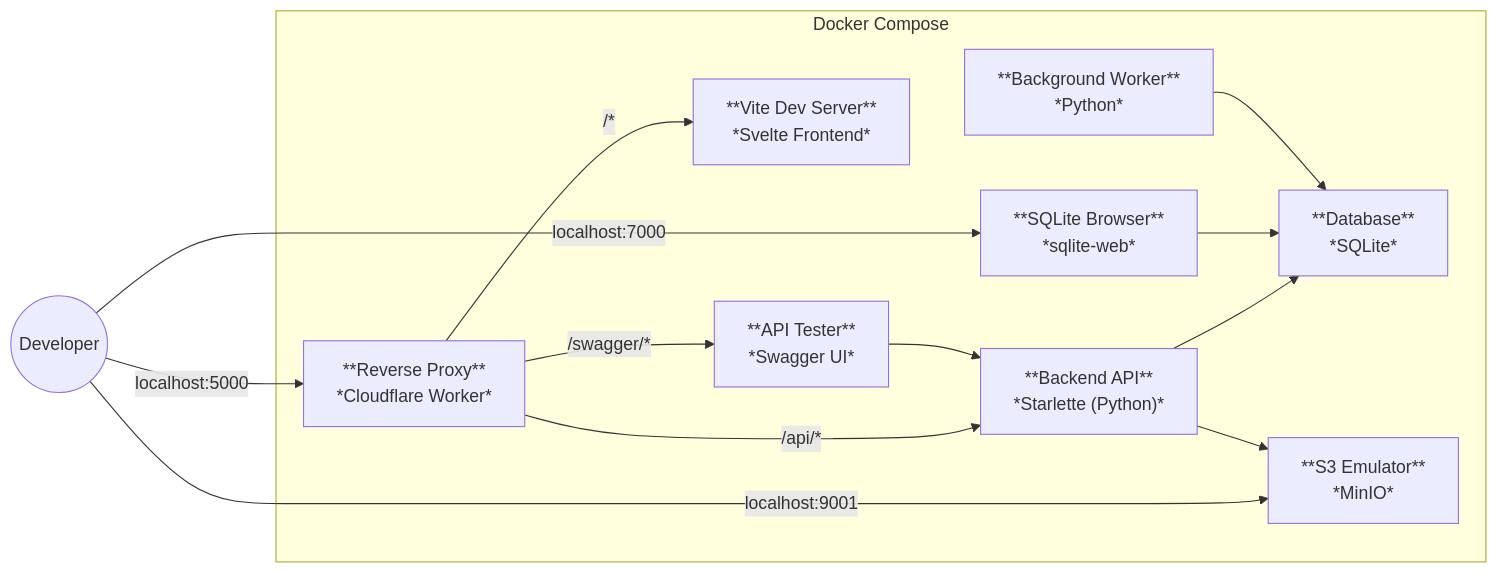
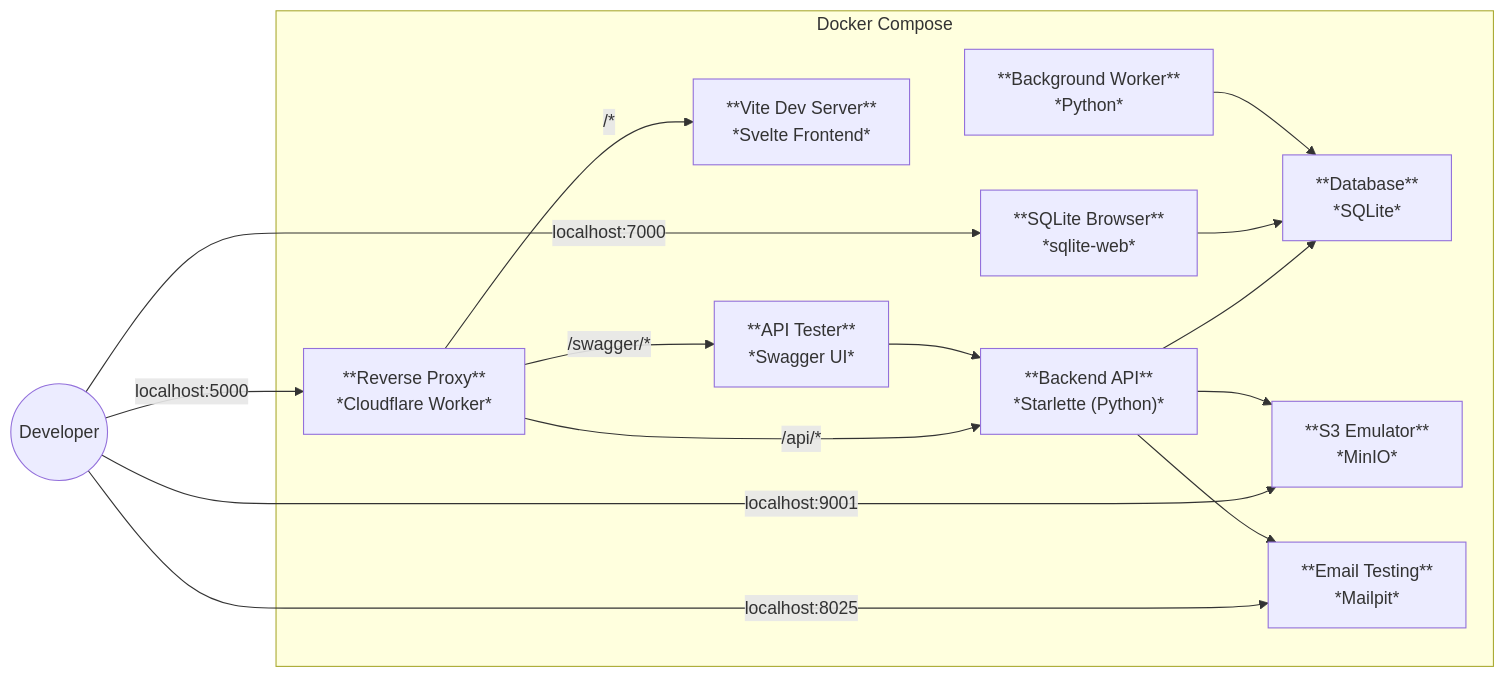
The second of 3 diagrams in docs/architecture.md (MarioKartCentral/MarioKartCentral), drawn with Mermaid before and after one commit. The commit also changed other lines of this file and 14 other files, not shown here.

````diff
--- a/docs/architecture.md
+++ b/docs/architecture.md
@@ -78,28 +84,31 @@
 ```mermaid
 flowchart LR
     User(("Developer"))
 
     subgraph Docker Compose
         Worker["**Reverse Proxy**<br>*Cloudflare Worker*"]
         Backend["**Backend API**<br>*Starlette (Python)*"]
         Frontend["**Vite Dev Server**<br>*Svelte Frontend*"]
         DB["**Database**<br>*SQLite*"]
         S3["**S3 Emulator**<br>*MinIO*"]
         SwaggerUI["**API Tester**<br>*Swagger UI*"]
         SQLiteWeb["**SQLite Browser**<br>*sqlite-web*"]
         BGWorker["**Background Worker**<br>*Python*"]
+        Mailpit["**Email Testing**<br>*Mailpit*"]
     end
 
     User -->|"localhost:5000"| Worker
     User -->|"localhost:9001"| S3
     User -->|"localhost:7000"| SQLiteWeb
+    User -->|"localhost:8025"| Mailpit
 
     Worker -->|"/api/*"| Backend
     Worker -->|"/*"| Frontend
     Worker -->|"/swagger/*"| SwaggerUI
     Backend --> DB
     Backend --> S3
+    Backend --> Mailpit
     SwaggerUI --> Backend
     SQLiteWeb --> DB
     BGWorker --> DB
 ```
````
